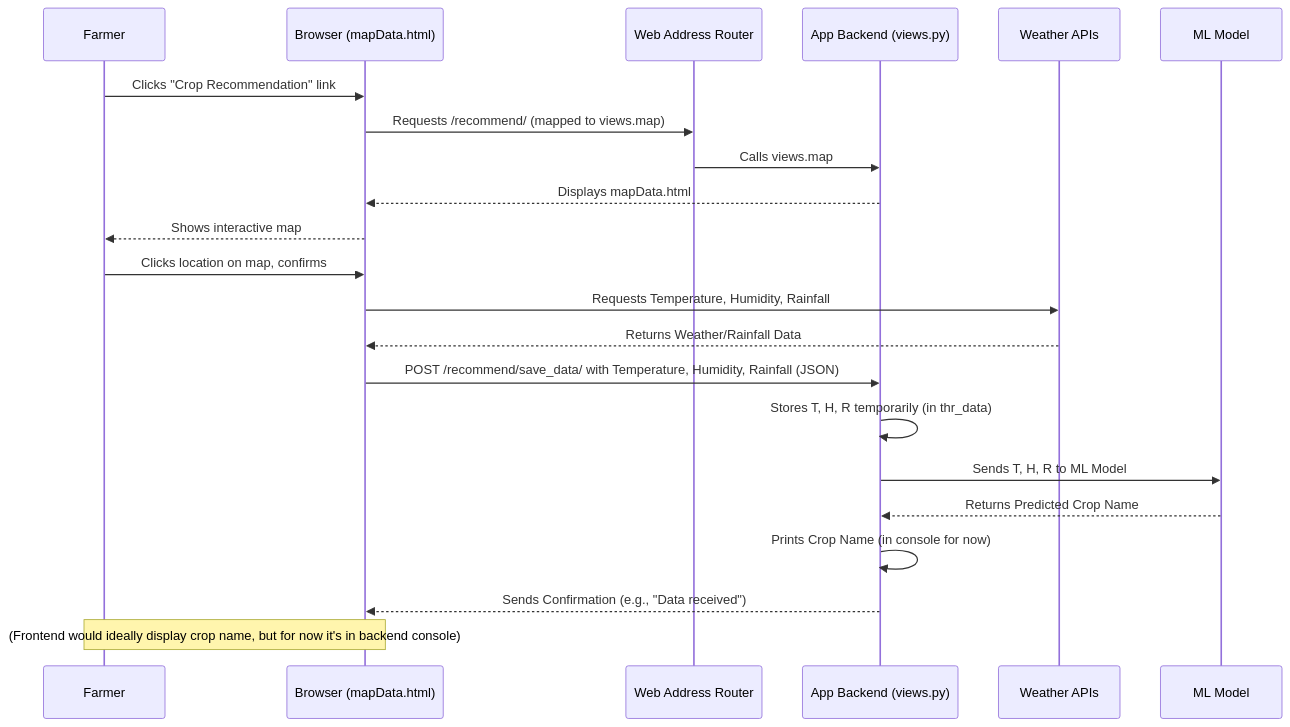
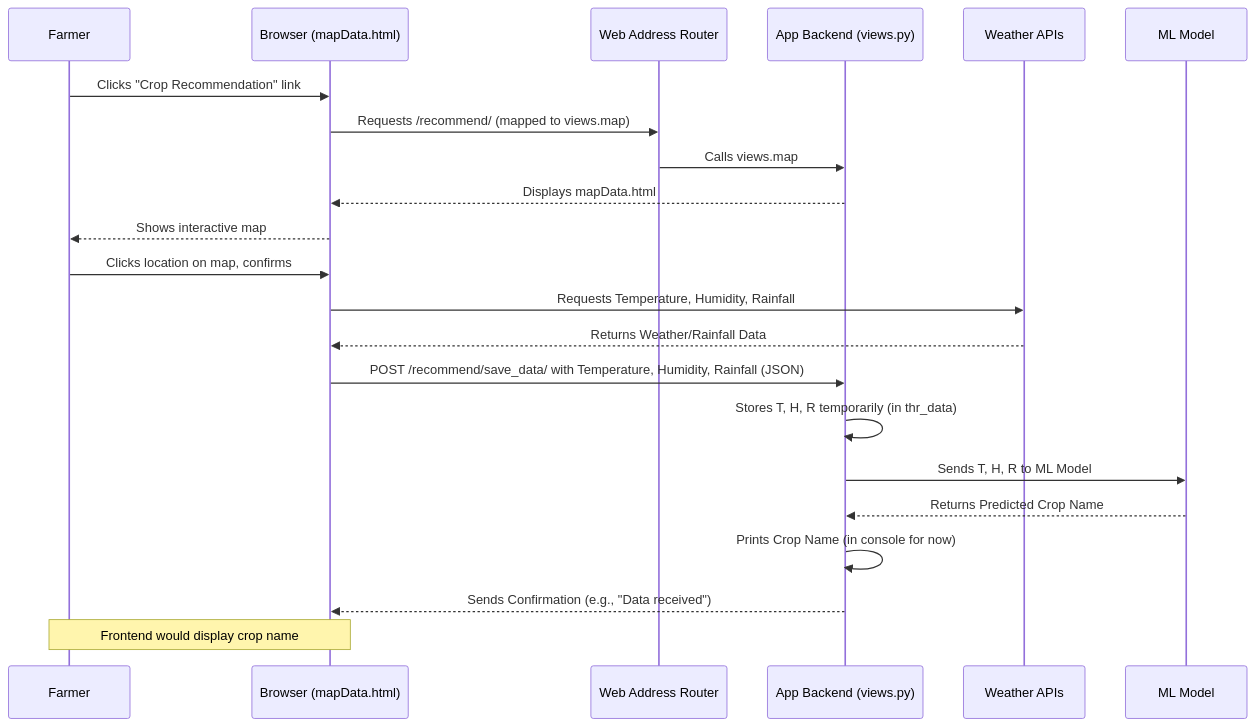
Before and after one commit to itz-me-pandian/Agri-Management-System: the diagram in readme_files/04_smart_crop_advisor_.md, drawn with Mermaid. The commit also changed other lines of this file, not shown here.

````diff
--- a/readme_files/04_smart_crop_advisor_.md
+++ b/readme_files/04_smart_crop_advisor_.md
@@ -114,26 +114,26 @@
 ```mermaid
 sequenceDiagram
     participant F as Farmer
     participant B as Browser (mapData.html)
     participant WR as Web Address Router
     participant APP as App Backend (views.py)
     participant WEA as Weather APIs
     participant ML as ML Model
 
     F->>B: Clicks "Crop Recommendation" link
     B->>WR: Requests /recommend/ (mapped to views.map)
     WR->>APP: Calls views.map
     APP-->>B: Displays mapData.html
     B-->>F: Shows interactive map
 
     F->>B: Clicks location on map, confirms
     B->>WEA: Requests Temperature, Humidity, Rainfall
     WEA-->>B: Returns Weather/Rainfall Data
     B->>APP: POST /recommend/save_data/ with Temperature, Humidity, Rainfall (JSON)
     APP->>APP: Stores T, H, R temporarily (in thr_data)
     APP->>ML: Sends T, H, R to ML Model
     ML-->>APP: Returns Predicted Crop Name
     APP->>APP: Prints Crop Name (in console for now)
     APP-->>B: Sends Confirmation (e.g., "Data received")
-    Note over B,F: (Frontend would ideally display crop name, but for now it's in backend console)
+    Note over B,F: Frontend would display crop name
 ```
````
